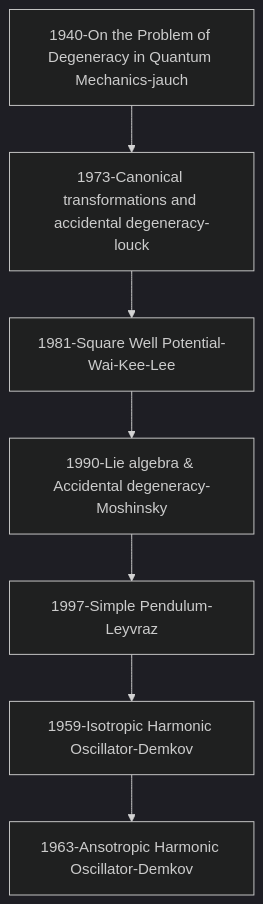
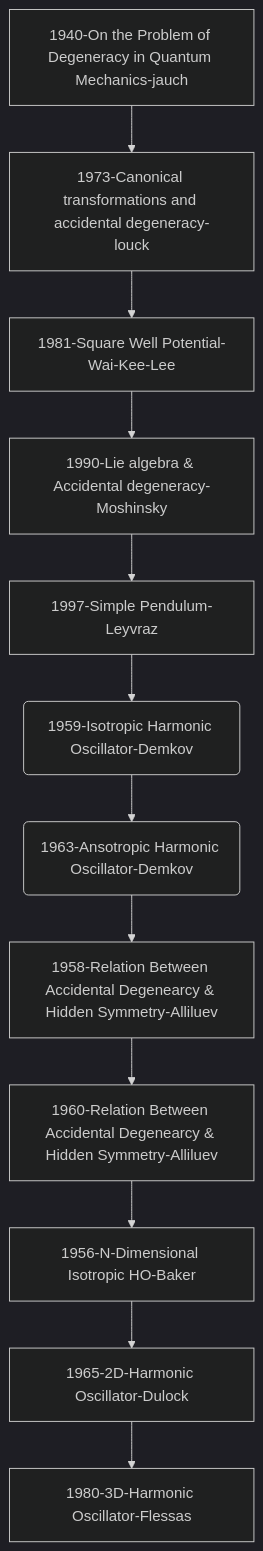
The diagram in _posts/2024-08-20-Degeneracy.markdown (rajeshphy/research), drawn with Mermaid (dark theme) before and after one commit. The commit also changed 6 other files, not shown here.

```diff
--- a/_posts/2024-08-20-Degeneracy.markdown
+++ b/_posts/2024-08-20-Degeneracy.markdown
@@ -10,34 +10,41 @@
 <div class="mermaid">
 graph TD;
 
     A0[1940-On the Problem of Degeneracy in Quantum Mechanics-jauch]
     A[1973-Canonical transformations and accidental degeneracy-louck]
     B[1981-Square Well Potential-Wai-Kee-Lee]
     C[1990-Lie algebra & Accidental degeneracy-Moshinsky]
     D[1997-Simple Pendulum-Leyvraz]
 
     A0 --> A; A --> B; B --> C; C --> D;
 
 
-    E1[1959-Isotropic Harmonic Oscillator-Demkov]
-    E2[1963-Ansotropic Harmonic Oscillator-Demkov]
+    E1(1959-Isotropic Harmonic Oscillator-Demkov)
+    E2(1963-Ansotropic Harmonic Oscillator-Demkov)
 
-    D --> E1;
+    D --> E1;    E1 --> E2;
 
-    E1 --> E2;
+    F1[1958-Relation Between Accidental Degenearcy & Hidden Symmetry-Alliluev]
+    F2[1960-Relation Between Accidental Degenearcy & Hidden Symmetry-Alliluev]
+    F3[1956-N-Dimensional Isotropic HO-Baker]
+    F4[1965-2D-Harmonic Oscillator-Dulock]
+    F5[1980-3D-Harmonic Oscillator-Flessas]
+
+    E2 --> F1; F1 --> F2; F2 --> F3; F3 --> F4; F4 --> F5;
+
 
 
 
 
     click A0 "{{ site.PAPERS-ORG }}/PAPERS-ORG/Degeneracy/1940-jauch.pdf";
     click A "{{ site.PAPERS-ORG }}/PAPERS-ORG/Degeneracy/1973-louck.pdf";
     click B "{{ site.PAPERS-ORG }}/PAPERS-ORG/Degeneracy/1981-Wai-Kee-Lee-Degeneracy-Square-Problem.pdf";
     click C "{{ site.PAPERS-ORG }}/PAPERS-ORG/Degeneracy/1997-Accidental-Degeneracy-Pendulum.pdf";
     click D "{{ site.PAPERS-ORG }}/PAPERS-ORG/Degeneracy/1990-moshinsky.pdf";
 
     click E1 "{{ site.PAPERS-ORG }}/PAPERS-ORG/Degeneracy/1959-DEMKOV-Isotropic.pdf";
     click E2 "{{ site.PAPERS-ORG }}/PAPERS-ORG/Degeneracy/1963-DEMKOV-Anisotropic.pdf";
 
 
 
 </div>
```
